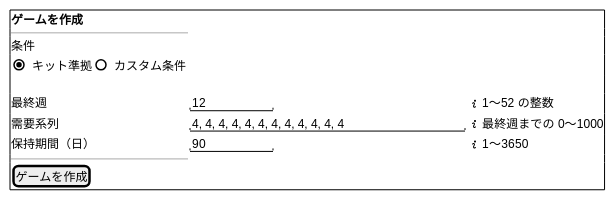
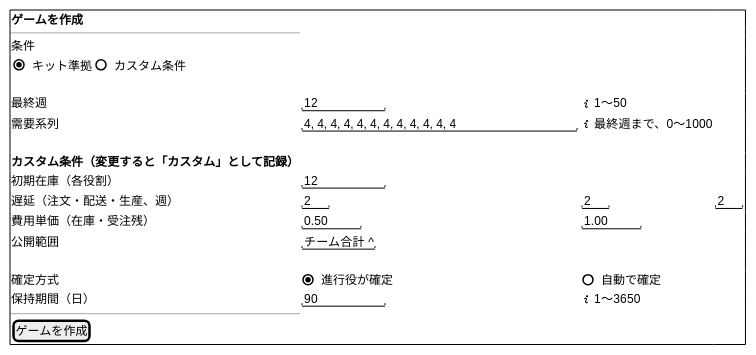
The second of 9 diagrams in docs/design/beer-game2/ui-design.md (k2works/case-study-beer-game-simulation), drawn with PlantUML before and after one commit. The commit also changed other lines of this file and 5 other files, not shown here.

````diff
--- a/docs/design/beer-game2/ui-design.md
+++ b/docs/design/beer-game2/ui-design.md
@@ -121,16 +134,24 @@
 ```plantuml
 @startsalt
 {+
   <b>ゲームを作成
   ---
   条件
   { (X) キット準拠 | ( ) カスタム条件 }
   .
-  最終週 | "12        " | <&info> 1〜52 の整数
-  需要系列 | "4, 4, 4, 4, 4, 4, 4, 4, 4, 4, 4, 4" | <&info> 最終週までの 0〜1000
+  最終週 | "12        " | <&info> 1〜50
+  需要系列 | "4, 4, 4, 4, 4, 4, 4, 4, 4, 4, 4, 4" | <&info> 最終週まで、0〜1000
+  .
+  <b>カスタム条件（変更すると「カスタム」として記録）
+  初期在庫（各役割） | "12        "
+  遅延（注文・配送・生産、週） | "2  " | "2  " | "2  "
+  費用単価（在庫・受注残） | "0.50   " | "1.00   "
+  公開範囲 | "チーム合計 ^"
+  .
+  確定方式 | (X) 進行役が確定 | ( ) 自動で確定
   保持期間（日） | "90        " | <&info> 1〜3650
   ---
   [ ゲームを作成 ]
 }
 @endsalt
 ```
````
